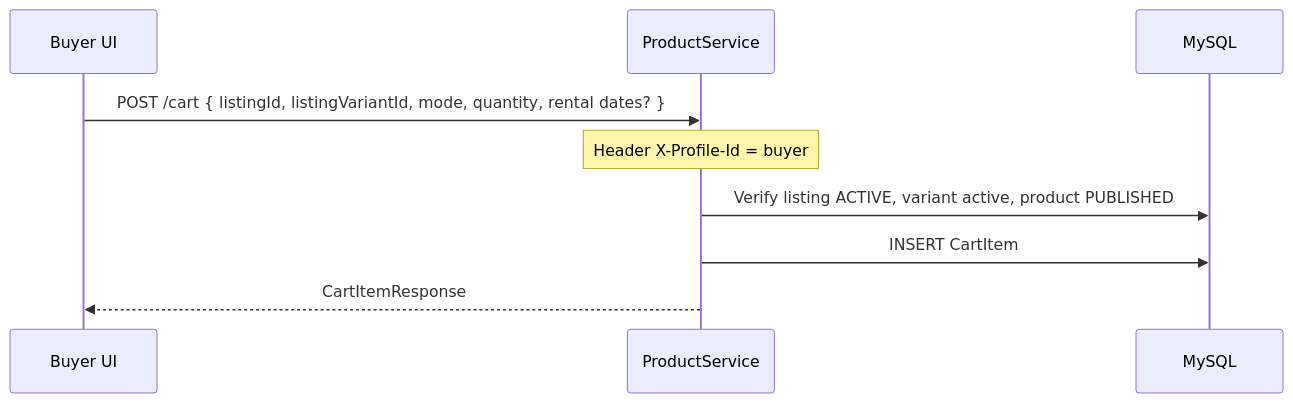
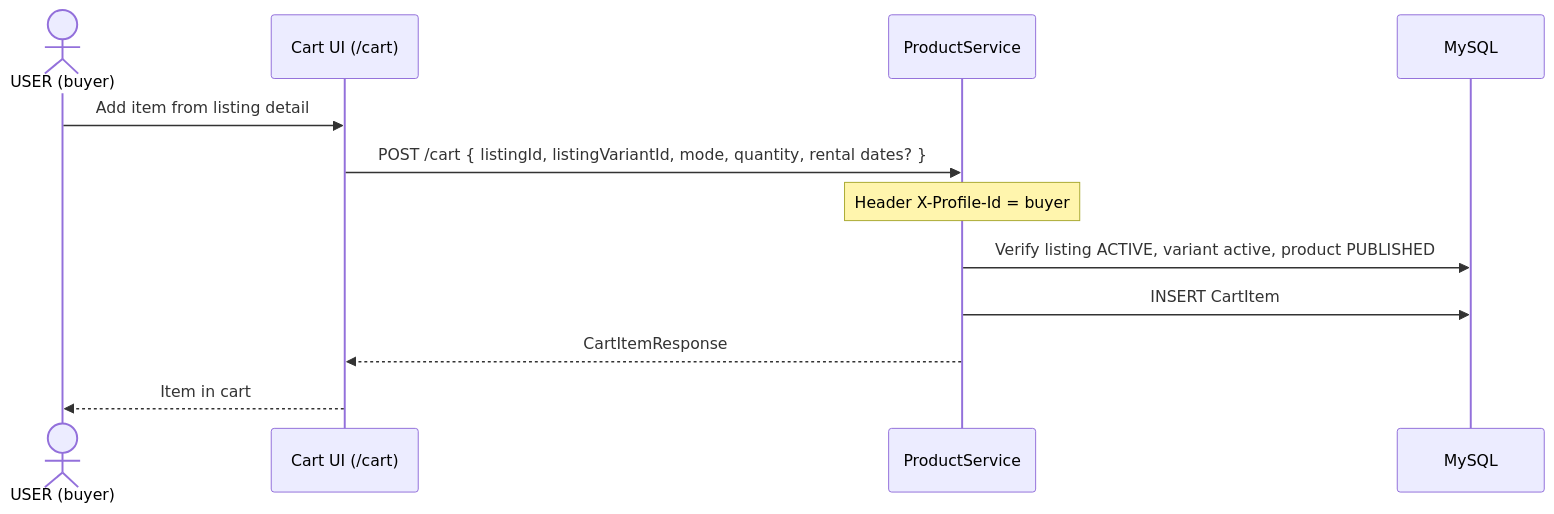
Before and after one commit to Naodab/Second_Life: the ninth of 9 diagrams in productservice/README.md, drawn with Mermaid. The commit also changed other lines of this file and 5 other files, not shown here.

Commit message:
add diagrams

````diff
--- a/productservice/README.md
+++ b/productservice/README.md
@@ -387,12 +418,15 @@
 ```mermaid
 sequenceDiagram
-  participant UI as Buyer UI
+  actor User as USER (buyer)
+  participant UI as Cart UI (/cart)
   participant P as ProductService
   participant DB as MySQL
 
+  User->>UI: Add item from listing detail
   UI->>P: POST /cart { listingId, listingVariantId, mode, quantity, rental dates? }
   Note over P: Header X-Profile-Id = buyer
   P->>DB: Verify listing ACTIVE, variant active, product PUBLISHED
   P->>DB: INSERT CartItem
   P-->>UI: CartItemResponse
+  UI-->>User: Item in cart
 ```
````
